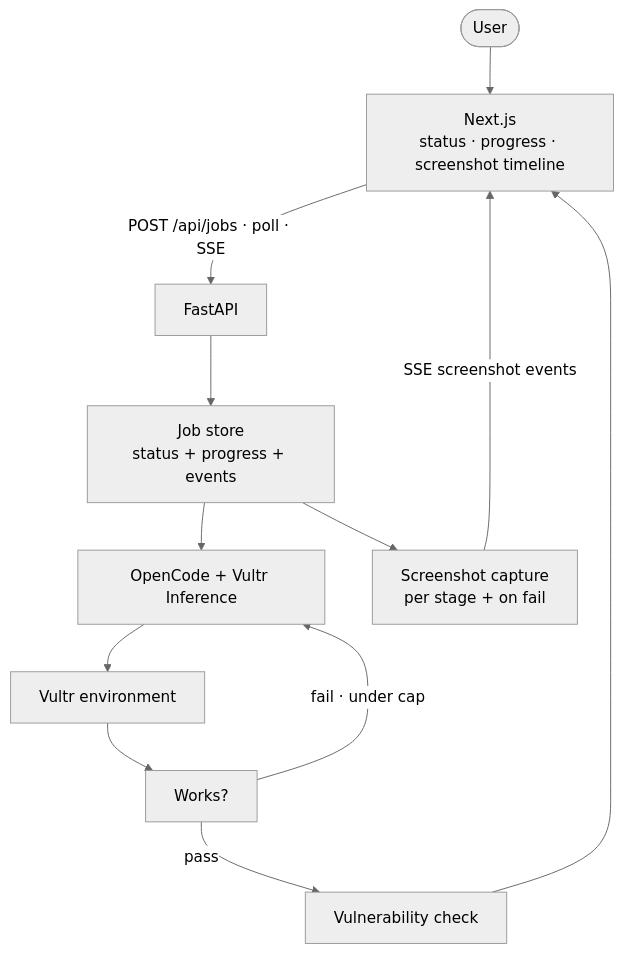
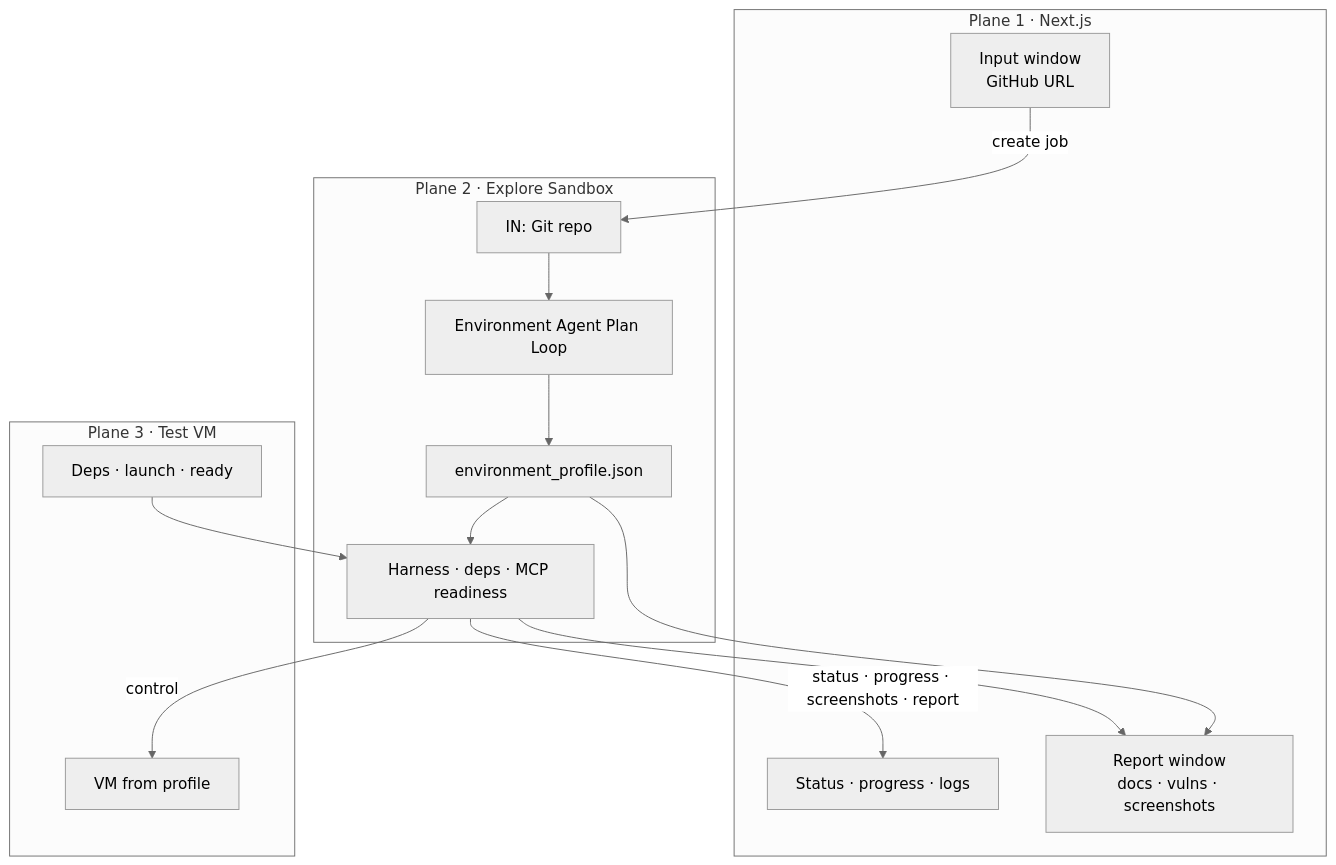
Before and after one commit to ludvigodin/killhub: the first of 4 diagrams in ARCHITECTURE.md, drawn with Mermaid (neutral theme). The commit also changed other lines of this file and 4 other files, not shown here.

Commit message:
Enhance architecture and implementation documentation for Killhub, detailing the three planes: Next.js frontend, Explore Sandbox, and Test VM. Introduce new implementation plans for each plane, outlining roles, responsibilities, and API interactions.

````diff
--- a/ARCHITECTURE.md
+++ b/ARCHITECTURE.md
@@ -33,14 +41,30 @@
 ```mermaid
 flowchart TB
-  User(["User"]) --> UI["Next.js<br/>status · progress · screenshot timeline"]
-  UI -->|"POST /api/jobs · poll · SSE"| API["FastAPI"]
-  API --> Jobs["Job store<br/>status + progress + events"]
-  Jobs --> Agent["OpenCode + Vultr Inference"]
-  Agent --> Env["Vultr environment"]
-  Env --> Verify["Works?"]
-  Verify -->|"fail · under cap"| Agent
-  Verify -->|pass| Scan["Vulnerability check"]
-  Jobs --> Shots["Screenshot capture<br/>per stage + on fail"]
-  Shots -->|"SSE screenshot events"| UI
-  Scan --> UI
+  subgraph plane1 ["Plane 1 · Next.js"]
+    Input["Input window<br/>GitHub URL"]
+    Status["Status · progress · logs"]
+    Report["Report window<br/>docs · vulns · screenshots"]
+  end
+
+  subgraph plane2 ["Plane 2 · Explore Sandbox"]
+    InRepo["IN: Git repo"]
+    Loop["Environment Agent Plan Loop"]
+    Profile["environment_profile.json"]
+    Harness["Harness · deps · MCP readiness"]
+  end
+
+  subgraph plane3 ["Plane 3 · Test VM"]
+    VM["VM from profile"]
+    Run["Deps · launch · ready"]
+  end
+
+  Input -->|"create job"| InRepo
+  InRepo --> Loop
+  Loop --> Profile
+  Profile --> Harness
+  Harness -->|"control"| VM
+  Run --> Harness
+  Harness -->|"status · progress · screenshots · report"| Status
+  Harness --> Report
+  Profile --> Report
 ```
````
